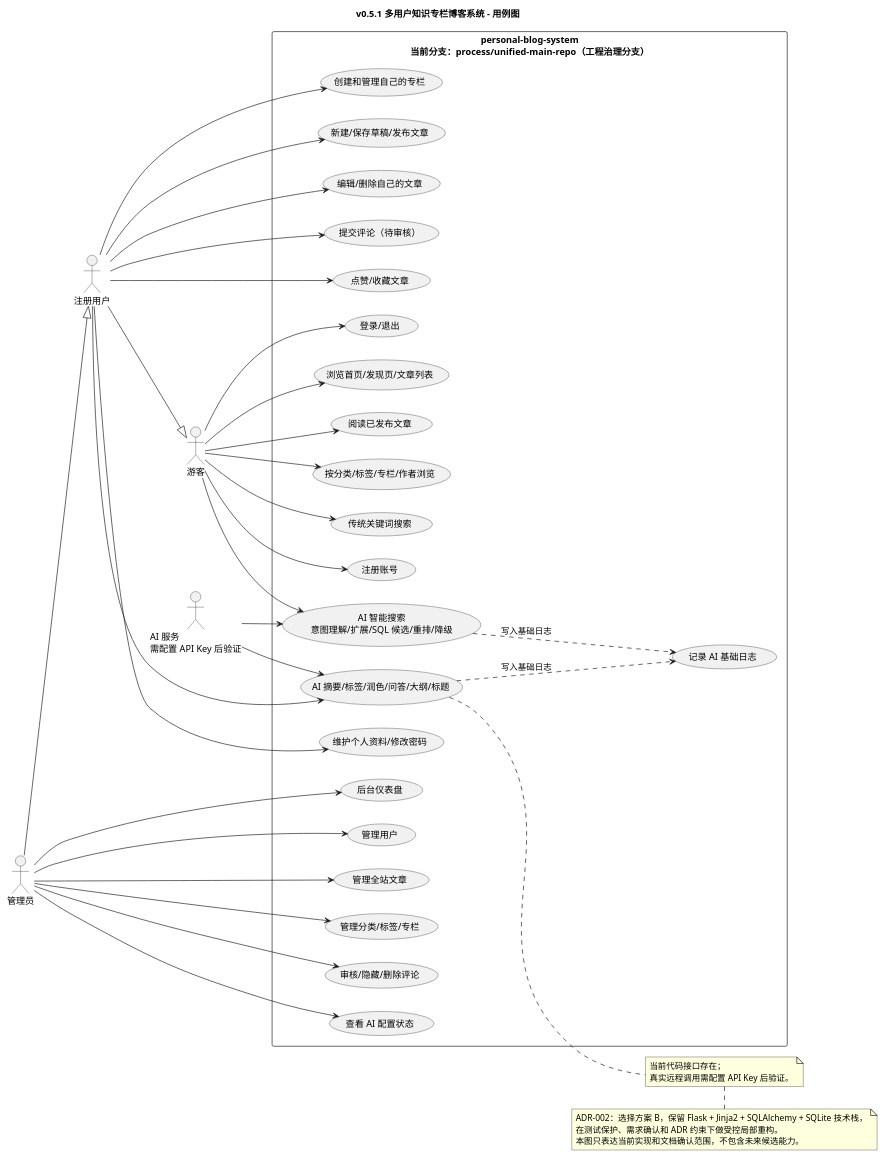
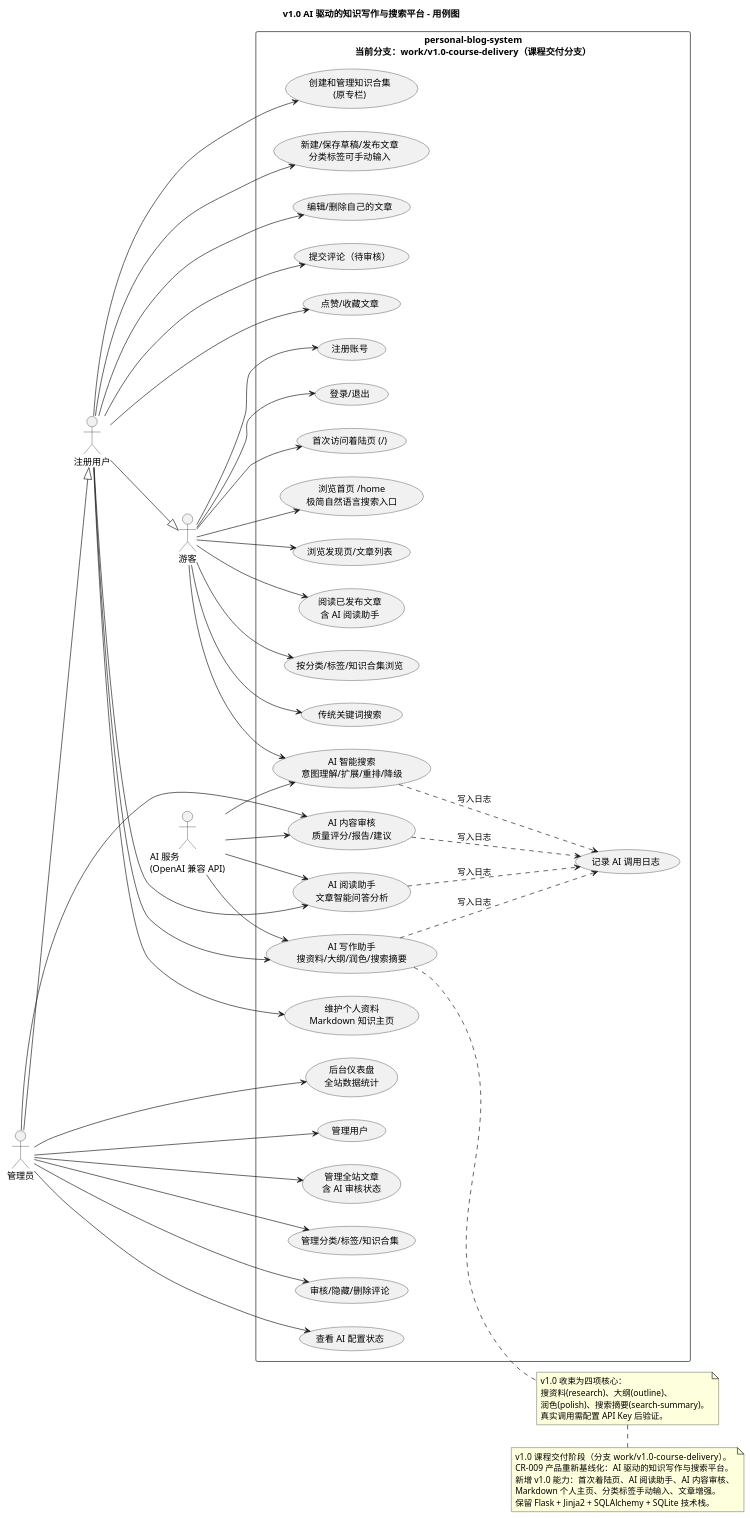
The diagram in diagrams/plantuml/use-case.puml (zhuojunxiong/personal-blog-system), drawn with PlantUML before and after one commit. The commit also changed 56 other files, not shown here.

```diff
--- a/diagrams/plantuml/use-case.puml
+++ b/diagrams/plantuml/use-case.puml
@@ -1,79 +1,103 @@
 @startuml
-title v0.5.1 多用户知识专栏博客系统 - 用例图
+title v1.0 AI 驱动的知识写作与搜索平台 - 用例图
 
 left to right direction
 skinparam packageStyle rectangle
 
 actor "游客" as Guest
 actor "注册用户" as User
 actor "管理员" as Admin
-actor "AI 服务\n需配置 API Key 后验证" as AI
+actor "AI 服务\n(OpenAI 兼容 API)" as AI
 
-rectangle "personal-blog-system\n当前分支：process/unified-main-repo（工程治理分支）" {
-  usecase "浏览首页/发现页/文章列表" as UC_Browse
-  usecase "阅读已发布文章" as UC_Read
-  usecase "按分类/标签/专栏/作者浏览" as UC_Discover
+rectangle "personal-blog-system\n当前分支：work/v1.0-course-delivery（课程交付分支）" {
+  ' 游客用例
+  usecase "首次访问着陆页 (/)" as UC_Landing
+  usecase "浏览首页 /home\n极简自然语言搜索入口" as UC_Home
+  usecase "浏览发现页/文章列表" as UC_Discover
+  usecase "阅读已发布文章\n含 AI 阅读助手" as UC_Read
+  usecase "按分类/标签/知识合集浏览" as UC_Browse
   usecase "传统关键词搜索" as UC_Search
   usecase "注册账号" as UC_Register
   usecase "登录/退出" as UC_Login
 
-  usecase "维护个人资料/修改密码" as UC_Profile
-  usecase "创建和管理自己的专栏" as UC_Column
-  usecase "新建/保存草稿/发布文章" as UC_Write
+  ' 注册用户用例
+  usecase "维护个人资料\nMarkdown 知识主页" as UC_Profile
+  usecase "创建和管理知识合集\n(原专栏)" as UC_Column
+  usecase "新建/保存草稿/发布文章\n分类标签可手动输入" as UC_Write
   usecase "编辑/删除自己的文章" as UC_EditArticle
   usecase "提交评论（待审核）" as UC_Comment
   usecase "点赞/收藏文章" as UC_LikeFav
 
-  usecase "后台仪表盘" as UC_Dashboard
+  ' 管理员用例
+  usecase "后台仪表盘\n全站数据统计" as UC_Dashboard
   usecase "管理用户" as UC_AdminUser
-  usecase "管理全站文章" as UC_AdminArticle
-  usecase "管理分类/标签/专栏" as UC_AdminTaxonomy
+  usecase "管理全站文章\n含 AI 审核状态" as UC_AdminArticle
+  usecase "管理分类/标签/知识合集" as UC_AdminTaxonomy
   usecase "审核/隐藏/删除评论" as UC_Moderate
   usecase "查看 AI 配置状态" as UC_AIStatus
 
-  usecase "AI 摘要/标签/润色/问答/大纲/标题" as UC_AIWriting
-  usecase "AI 智能搜索\n意图理解/扩展/SQL 候选/重排/降级" as UC_AISearch
-  usecase "记录 AI 基础日志" as UC_AILog
+  ' AI 辅助用例 (v1.0 扩展)
+  usecase "AI 写作助手\n搜资料/大纲/润色/搜索摘要" as UC_AIWriting
+  usecase "AI 阅读助手\n文章智能问答分析" as UC_AIReading
+  usecase "AI 内容审核\n质量评分/报告/建议" as UC_AIReview
+  usecase "AI 智能搜索\n意图理解/扩展/重排/降级" as UC_AISearch
+  usecase "记录 AI 调用日志" as UC_AILog
 }
 
+' 游客关联
+Guest --> UC_Landing
+Guest --> UC_Home
+Guest --> UC_Discover
+Guest --> UC_Read
 Guest --> UC_Browse
-Guest --> UC_Read
-Guest --> UC_Discover
 Guest --> UC_Search
 Guest --> UC_Register
 Guest --> UC_Login
 Guest --> UC_AISearch
 
+' 用户继承游客
 User --|> Guest
 User --> UC_Profile
 User --> UC_Column
 User --> UC_Write
 User --> UC_EditArticle
 User --> UC_Comment
 User --> UC_LikeFav
 User --> UC_AIWriting
+User --> UC_AIReading
 
+' 管理员继承用户
 Admin --|> User
 Admin --> UC_Dashboard
 Admin --> UC_AdminUser
 Admin --> UC_AdminArticle
 Admin --> UC_AdminTaxonomy
 Admin --> UC_Moderate
 Admin --> UC_AIStatus
+Admin --> UC_AIReview
 
-UC_AIWriting ..> UC_AILog : 写入基础日志
-UC_AISearch ..> UC_AILog : 写入基础日志
+' AI 辅助关系
+UC_AIWriting ..> UC_AILog : 写入日志
+UC_AISearch ..> UC_AILog : 写入日志
+UC_AIReading ..> UC_AILog : 写入日志
+UC_AIReview ..> UC_AILog : 写入日志
 AI --> UC_AIWriting
 AI --> UC_AISearch
+AI --> UC_AIReading
+AI --> UC_AIReview
 
 note right of UC_AIWriting
-  当前代码接口存在；
-  真实远程调用需配置 API Key 后验证。
+  v1.0 收束为四项核心：
+  搜资料(research)、大纲(outline)、
+  润色(polish)、搜索摘要(search-summary)。
+  真实调用需配置 API Key 后验证。
 end note
 
 note bottom
-  ADR-002：选择方案 B，保留 Flask + Jinja2 + SQLAlchemy + SQLite 技术栈，
-  在测试保护、需求确认和 ADR 约束下做受控局部重构。
-  本图只表达当前实现和文档确认范围，不包含未来候选能力。
+  v1.0 课程交付阶段（分支 work/v1.0-course-delivery）。
+  CR-009 产品重新基线化：AI 驱动的知识写作与搜索平台。
+  新增 v1.0 能力：首次着陆页、AI 阅读助手、AI 内容审核、
+  Markdown 个人主页、分类标签手动输入、文章增强。
+  保留 Flask + Jinja2 + SQLAlchemy + SQLite 技术栈。
 end note
 @enduml
```
